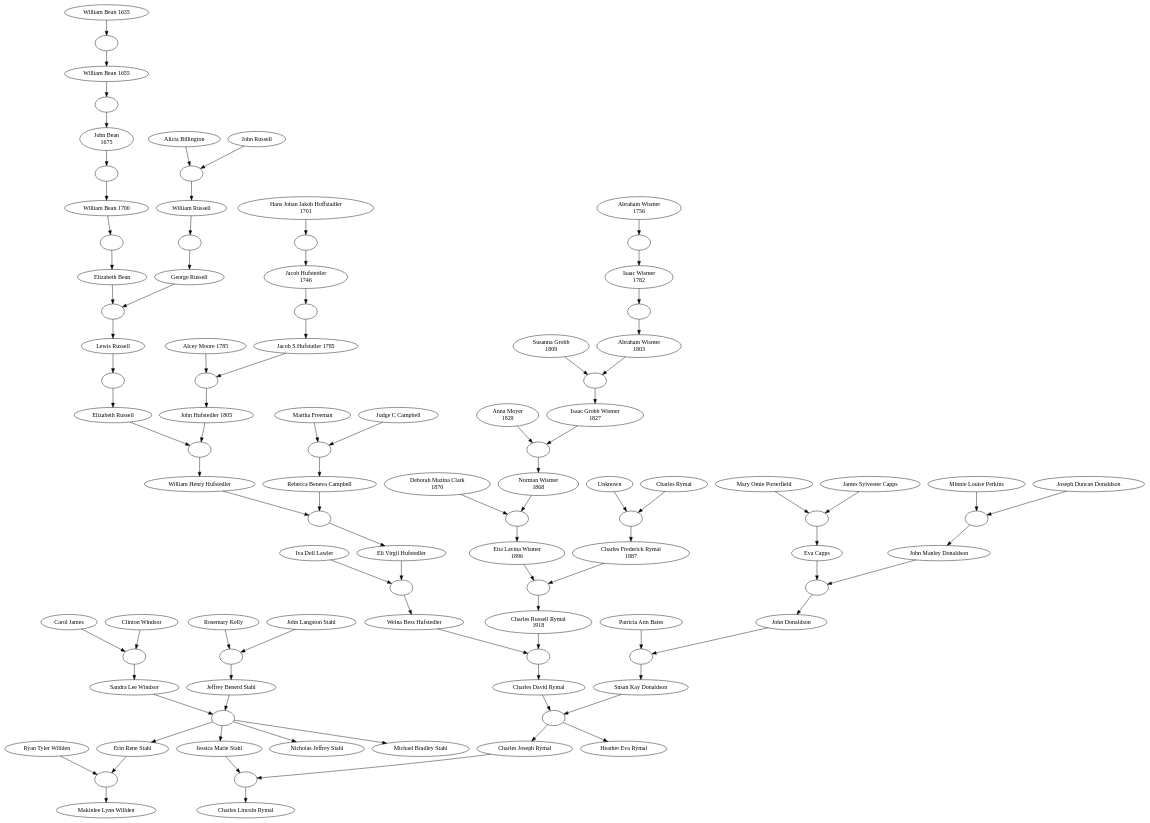
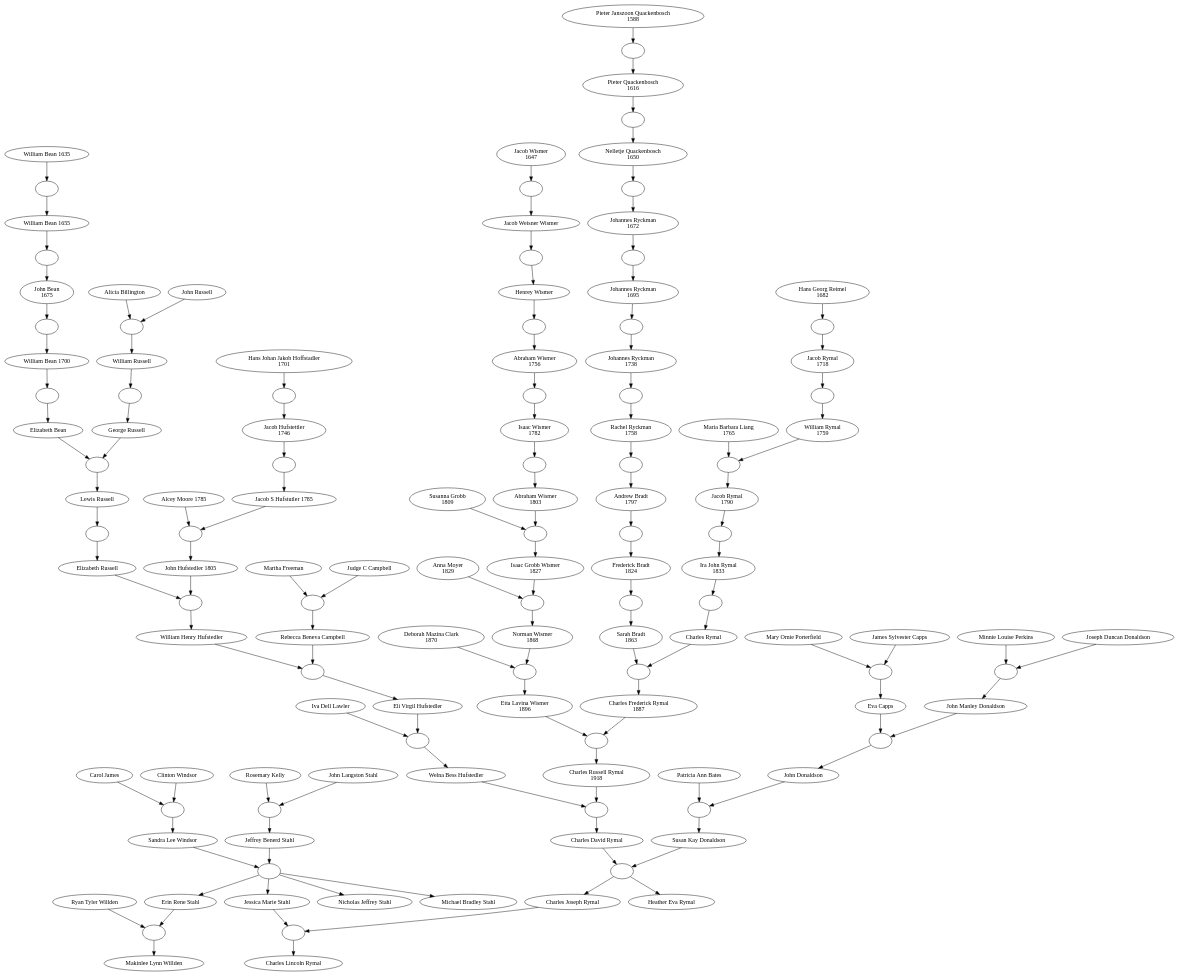
The diagram in site_gene/static/gene/graph.gv (chuck1/site_gene), drawn with Graphviz before and after one commit. The commit also changed 2 other files, not shown here.

```diff
--- a/site_gene/static/gene/graph.gv
+++ b/site_gene/static/gene/graph.gv
@@ -96,6 +96,9 @@
 		person_28 -> pp_49_28
 		pp_49_28 -> person_27
 	person_28 [label="Charles Rymal"]
+	pp_None_69 [label=""]
+		person_69 -> pp_None_69
+		pp_None_69 -> person_28
 	person_29 [label="John Manley Donaldson"]
 	pp_31_32 [label=""]
 		person_31 -> pp_31_32
@@ -160,7 +163,11 @@
 		pp_None_48 -> person_47
 	person_48 [label="Hans Johan Jakob Hoffstadler
 1701"]
-	person_49 [label=Unknown]
+	person_49 [label="Sarah Bradt
+1863"]
+	pp_None_67 [label=""]
+		person_67 -> pp_None_67
+		pp_None_67 -> person_49
 	person_52 [label="Judge C Campbell"]
 	person_53 [label="Martha Freeman"]
 	person_54 [label="Alcey Moore 1785"]
@@ -200,4 +207,84 @@
 		pp_None_63 -> person_62
 	person_63 [label="Abraham Wismer
 1756"]
+	pp_None_64 [label=""]
+		person_64 -> pp_None_64
+		pp_None_64 -> person_63
+	person_64 [label="Henrey Wismer"]
+	pp_None_65 [label=""]
+		person_65 -> pp_None_65
+		pp_None_65 -> person_64
+	person_65 [label="Jacob Weisner Wismer"]
+	pp_None_66 [label=""]
+		person_66 -> pp_None_66
+		pp_None_66 -> person_65
+	person_66 [label="Jacob Wismer
+1647"]
+	person_67 [label="Frederick Bradt
+1824"]
+	pp_None_68 [label=""]
+		person_68 -> pp_None_68
+		pp_None_68 -> person_67
+	person_68 [label="Andrew Bradt
+1797"]
+	pp_76_None [label=""]
+		person_76 -> pp_76_None
+		pp_76_None -> person_68
+	person_69 [label="Ira John Rymal
+1833"]
+	pp_None_70 [label=""]
+		person_70 -> pp_None_70
+		pp_None_70 -> person_69
+	person_70 [label="Jacob Rymal
+1790"]
+	pp_75_71 [label=""]
+		person_75 -> pp_75_71
+		person_71 -> pp_75_71
+		pp_75_71 -> person_70
+	person_71 [label="William Rymal
+1759"]
+	pp_None_72 [label=""]
+		person_72 -> pp_None_72
+		pp_None_72 -> person_71
+	person_72 [label="Jacob Rymal
+1718"]
+	pp_None_74 [label=""]
+		person_74 -> pp_None_74
+		pp_None_74 -> person_72
+	person_74 [label="Hans Georg Reimel
+1682"]
+	person_75 [label="Maria Barbara Liang
+1765"]
+	person_76 [label="Rachel Ryckman
+1758"]
+	pp_None_77 [label=""]
+		person_77 -> pp_None_77
+		pp_None_77 -> person_76
+	person_77 [label="Johannes Ryckman
+1738"]
+	pp_None_78 [label=""]
+		person_78 -> pp_None_78
+		pp_None_78 -> person_77
+	person_78 [label="Johannes Ryckman
+1695"]
+	pp_None_79 [label=""]
+		person_79 -> pp_None_79
+		pp_None_79 -> person_78
+	person_79 [label="Johannes Ryckman
+1672"]
+	pp_80_None [label=""]
+		person_80 -> pp_80_None
+		pp_80_None -> person_79
+	person_80 [label="Nelletje Quackenbosch
+1650"]
+	pp_None_81 [label=""]
+		person_81 -> pp_None_81
+		pp_None_81 -> person_80
+	person_81 [label="Pieter Quackenbosch
+1616"]
+	pp_None_82 [label=""]
+		person_82 -> pp_None_82
+		pp_None_82 -> person_81
+	person_82 [label="Pieter Janszoon Quackenbosch
+1588"]
 }
```
